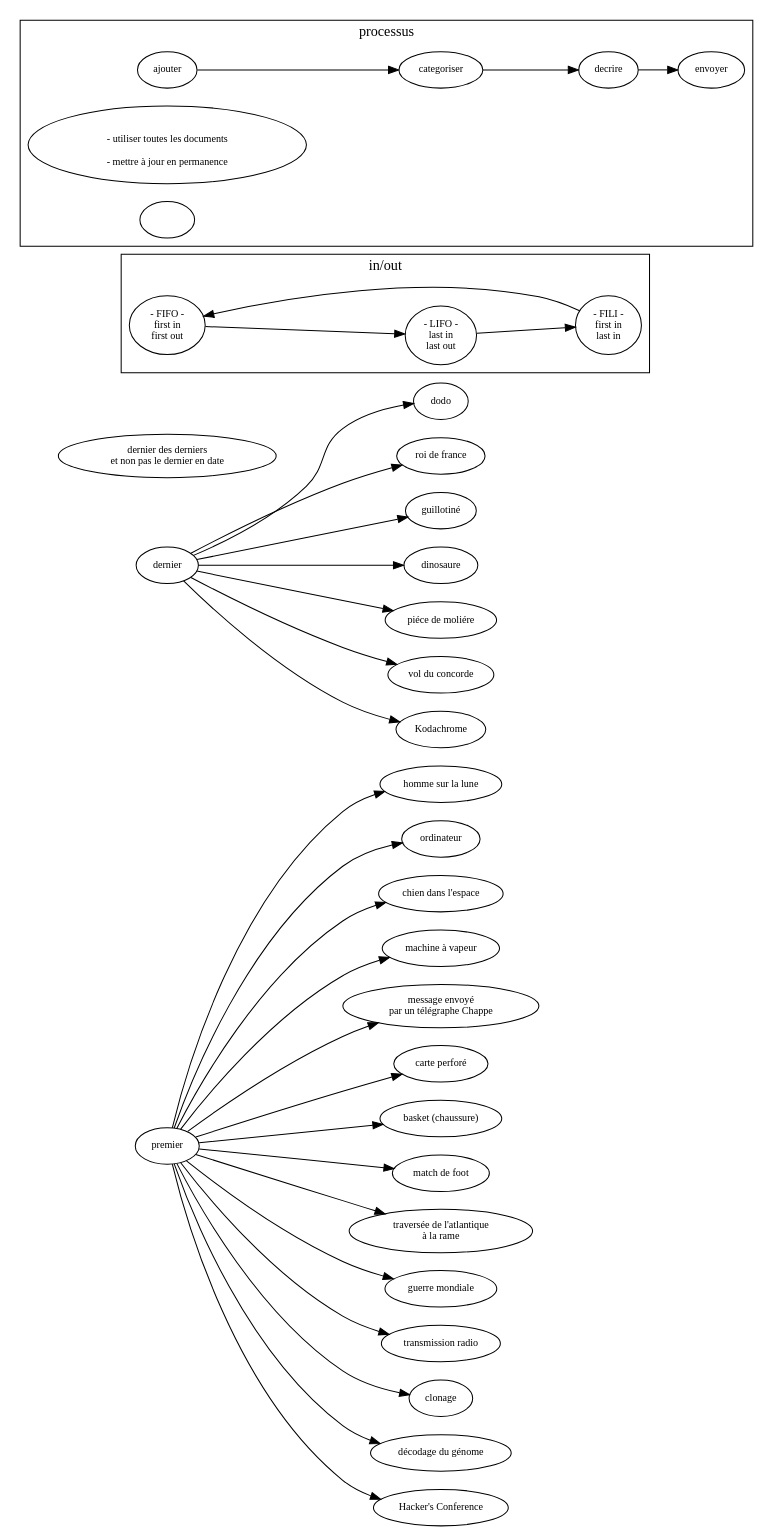
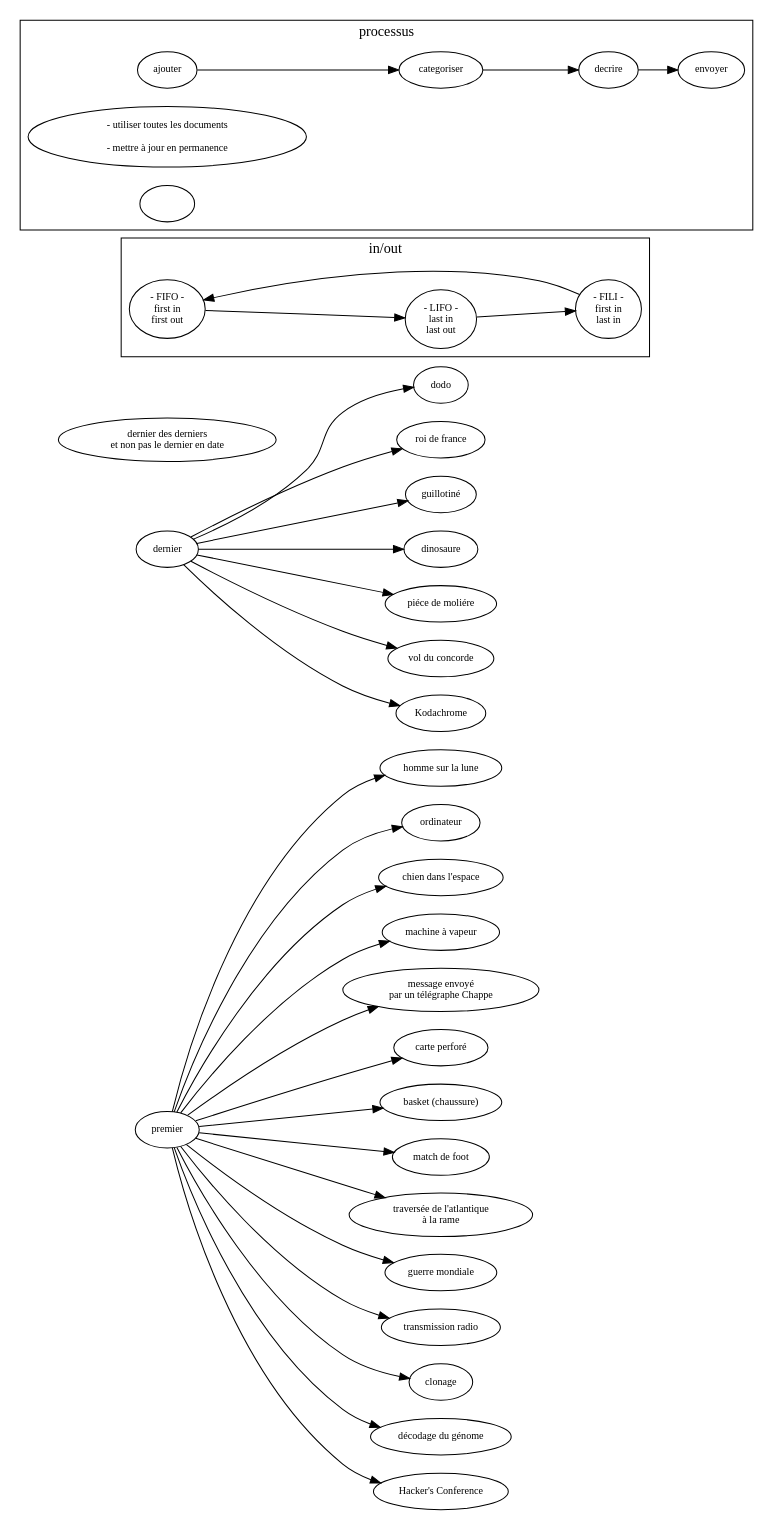
Before and after one commit to ensad-nancy/first-last: the diagram in sujet.dot, drawn with Graphviz.

Commit message:
+		"- utiliser toutes les documents\n

```diff
--- a/sujet.dot
+++ b/sujet.dot
@@ -1,66 +1,65 @@
 digraph {
 
 	layout= "dot"
 	
 
 	fontname="myriadpro"
 	fontsize = 14
 	rankdir="LR"
 	
 	
 	node [fontname="myriadpro", fontsize = 10]
 	edge [fontname="monaco", fontsize = 9]
 	
 	first [label="premier"]
 	last [label="dernier"]
 	
 	"dernier des derniers\n et non pas le dernier en date" 
 
 	first -> "homme sur la lune"
 	first -> "ordinateur"
 	first -> "chien dans l'espace"
 	first -> "machine à vapeur"
 	first -> "message envoyé\npar un télégraphe Chappe"
 	first -> "carte perforé"
 	first -> "basket (chaussure)"
 	first -> "match de foot"
 	first -> "traversée de l'atlantique\nà la rame"
 	first -> "guerre mondiale"
 	first -> "transmission radio"
 	first -> "clonage"
 	first -> "décodage du génome"
 	first -> "Hacker's Conference"
 	
 	last -> dodo
 	last -> "roi de france"
 	last -> "guillotiné"
 	last -> "dinosaure"
 	last -> "piéce de moliére"
 	last -> "vol du concorde"
 	last -> "Kodachrome"
 
 	subgraph cluster_FO{
 	
 		label="in/out"
 		
 		FIFO [label="- FIFO -\nfirst in\nfirst out"]
 		LIFO [label="- LIFO -\nlast in\nlast out"]
 		FILI [label="- FILI -\nfirst in\n last in"]
 
 		FILI -> FIFO -> LIFO -> FILI
 	}
 	
 	subgraph cluster_process {
 		
 		label="processus"
 		
 		//get [label="récolter"]
 		
 		ajouter -> categoriser -> decrire -> envoyer
 		
-		"
-		- utiliser toutes les documents\n
+		"- utiliser toutes les documents\n
 		- mettre à jour en permanence"
 		""
 	}
 }
```
